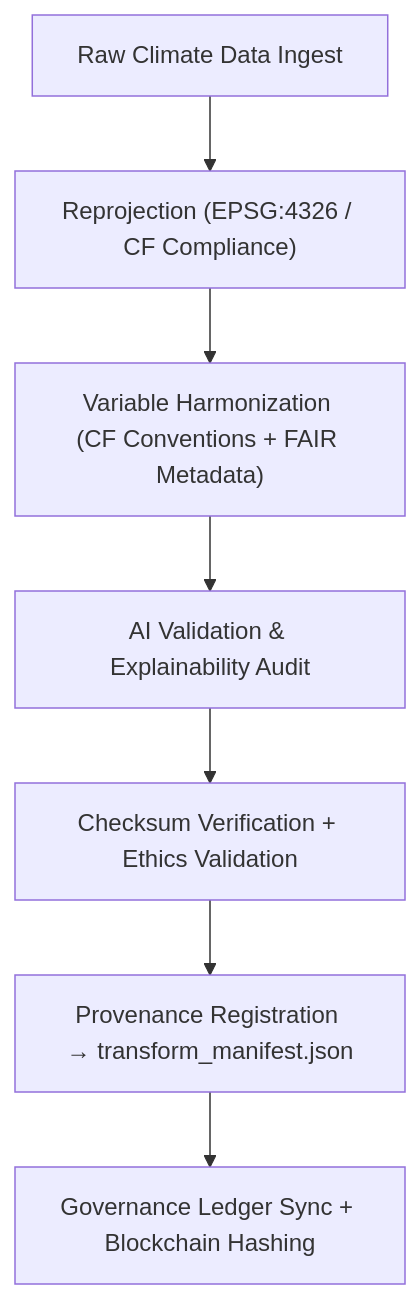
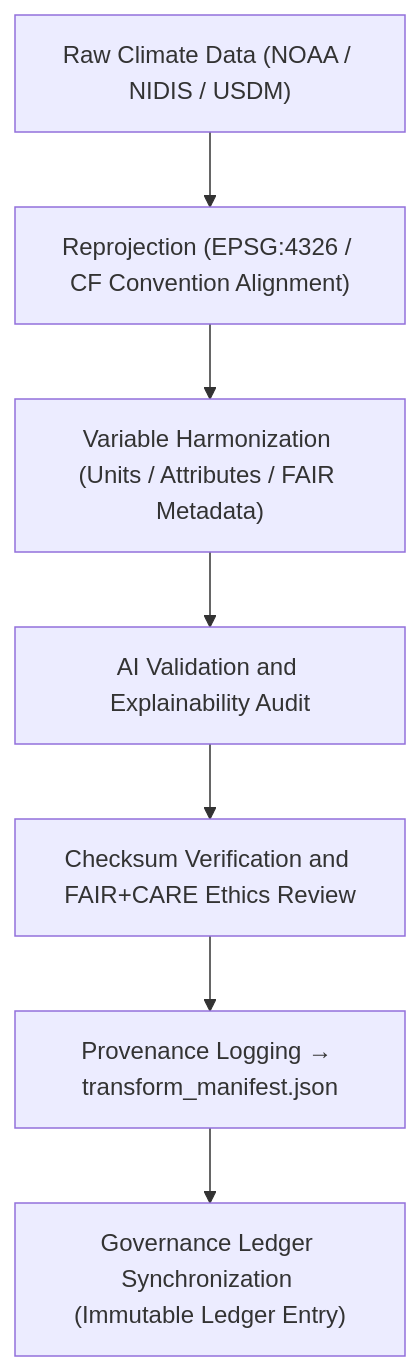
Before and after one commit to bartytime4life/Kansas-Frontier-Matrix: the diagram in data/work/tmp/climate/transforms/README.md, drawn with Mermaid. The commit also changed other lines of this file, not shown here.

````diff
--- a/data/work/tmp/climate/transforms/README.md
+++ b/data/work/tmp/climate/transforms/README.md
@@ -84,9 +74,9 @@
 ```mermaid
 flowchart TD
-    A["Raw Climate Data Ingest"] --> B["Reprojection (EPSG:4326 / CF Compliance)"]
-    B --> C["Variable Harmonization (CF Conventions + FAIR Metadata)"]
-    C --> D["AI Validation & Explainability Audit"]
-    D --> E["Checksum Verification + Ethics Validation"]
-    E --> F["Provenance Registration → transform_manifest.json"]
-    F --> G["Governance Ledger Sync + Blockchain Hashing"]
+    A["Raw Climate Data (NOAA / NIDIS / USDM)"] --> B["Reprojection (EPSG:4326 / CF Convention Alignment)"]
+    B --> C["Variable Harmonization (Units / Attributes / FAIR Metadata)"]
+    C --> D["AI Validation and Explainability Audit"]
+    D --> E["Checksum Verification and FAIR+CARE Ethics Review"]
+    E --> F["Provenance Logging → transform_manifest.json"]
+    F --> G["Governance Ledger Synchronization (Immutable Ledger Entry)"]
 ```
````
